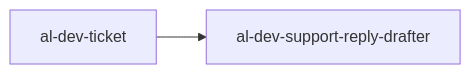
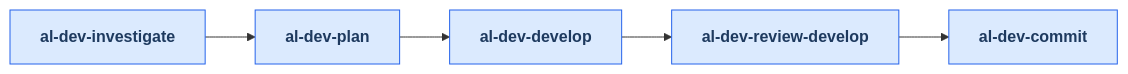
One commit to russell-laing/al-dev-shared changed the second of 4 diagrams in docs/al-dev-plugin-graph.md. Above: the diagram before and after it, drawn with Mermaid. The commit also changed other lines of this file and 8 other files, not shown here.

````diff
--- a/docs/al-dev-plugin-graph.md
+++ b/docs/al-dev-plugin-graph.md
@@ -276,4 +377,20 @@
 ```mermaid
 flowchart LR
-    al_dev_ticket[al-dev-ticket] --> al_dev_support_reply_drafter[al-dev-support-reply-drafter]
+    classDef skillNode fill:#dbeafe,stroke:#2563eb,color:#1e3a5f,font-weight:bold
+    skill_al_dev_investigate[al-dev-investigate]
+    skill_al_dev_plan[al-dev-plan]
+    skill_al_dev_develop[al-dev-develop]
+    skill_al_dev_review_develop[al-dev-review-develop]
+    skill_al_dev_commit[al-dev-commit]
+
+    skill_al_dev_investigate --> skill_al_dev_plan
+    skill_al_dev_plan --> skill_al_dev_develop
+    skill_al_dev_develop --> skill_al_dev_review_develop
+    skill_al_dev_review_develop --> skill_al_dev_commit
+
+    class skill_al_dev_investigate skillNode
+    class skill_al_dev_plan skillNode
+    class skill_al_dev_develop skillNode
+    class skill_al_dev_review_develop skillNode
+    class skill_al_dev_commit skillNode
 ```
````
